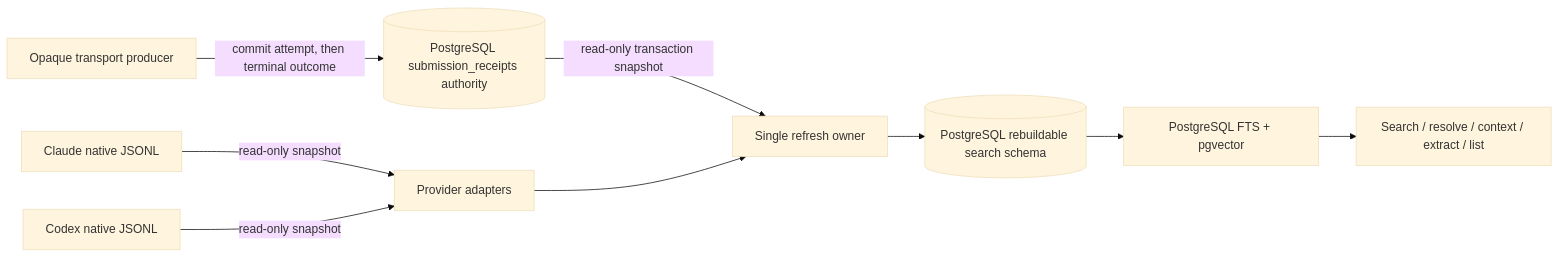
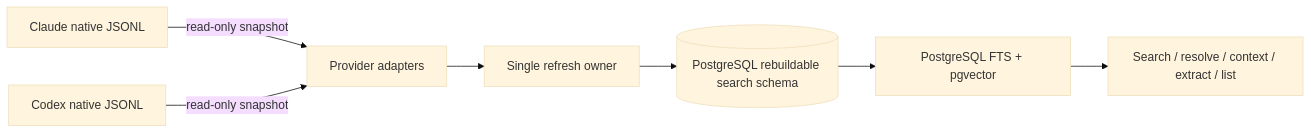
Before and after one commit to Denubis/cc-search-chats-plugin-python: the diagram in docs/design-plans/2026-08-10-cross-vendor-semantic-search.md, drawn with Mermaid (base theme). The commit also changed other lines of this file and 4 other files, not shown here.

````diff
--- a/docs/design-plans/2026-08-10-cross-vendor-semantic-search.md
+++ b/docs/design-plans/2026-08-10-cross-vendor-semantic-search.md
@@ -230,21 +279,17 @@
 ```mermaid
 flowchart LR
     C["Claude native JSONL"]
     X["Codex native JSONL"]
-    P["Opaque transport producer"]
-    R[("PostgreSQL submission_receipts authority")]
     PA["Provider adapters"]
     I["Single refresh owner"]
     S[("PostgreSQL rebuildable search schema")]
     V["PostgreSQL FTS + pgvector"]
     Q["Search / resolve / context / extract / list"]
 
     C -->|read-only snapshot| PA
     X -->|read-only snapshot| PA
-    P -->|commit attempt, then terminal outcome| R
-    R -->|read-only transaction snapshot| I
     PA --> I
     I --> S
     S --> V
     V --> Q
 ```
````
